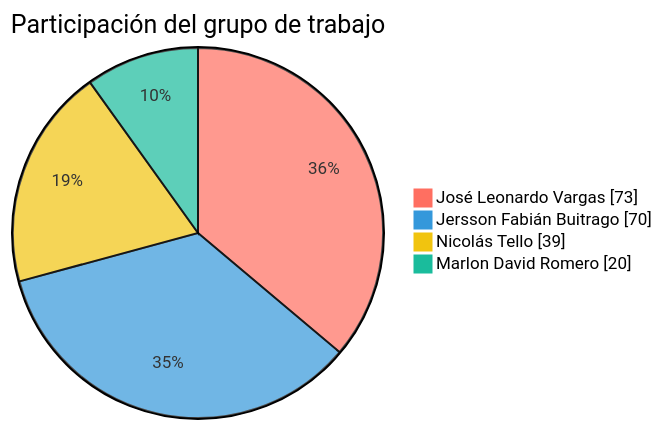
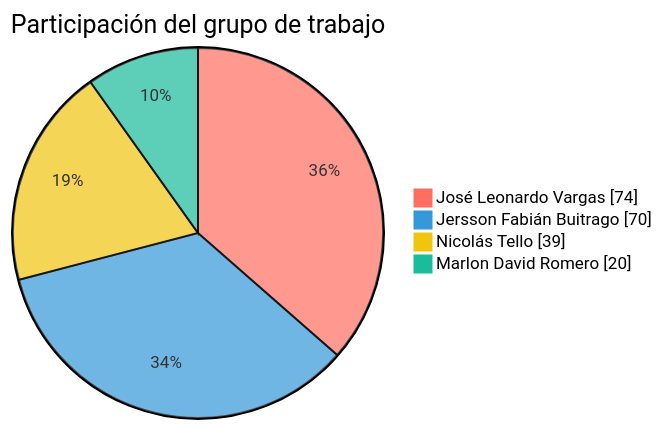
Before and after one commit to FarmaExpres/FarmaExpres: the first of 2 diagrams in README.md, drawn with Mermaid. The commit also changed other lines of this file and 1 other file, not shown here.

````diff
--- a/README.md
+++ b/README.md
@@ -314,9 +314,9 @@
 ```mermaid
 %%{init: {"themeVariables": {"pie1": "#ff6f61", "pie2": "#3498db", "pie3": "#f1c40f", "pie4": "#1abc9c", "pieLabelColor": "#000000", "pieLabelFontSize": "24px", "pieLabelFontWeight": "700"}}}%%
 pie showData
     title Participación del grupo de trabajo
-    "José Leonardo Vargas" : 73
+    "José Leonardo Vargas" : 74
     "Jersson Fabián Buitrago" : 70
     "Nicolás Tello" : 39
     "Marlon David Romero" : 20
 ```
````
